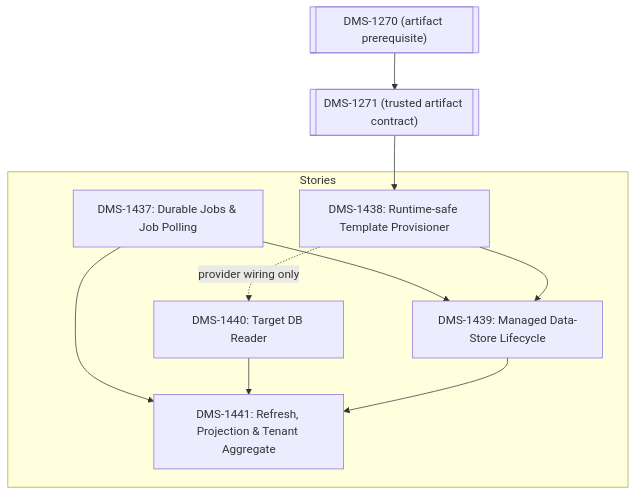
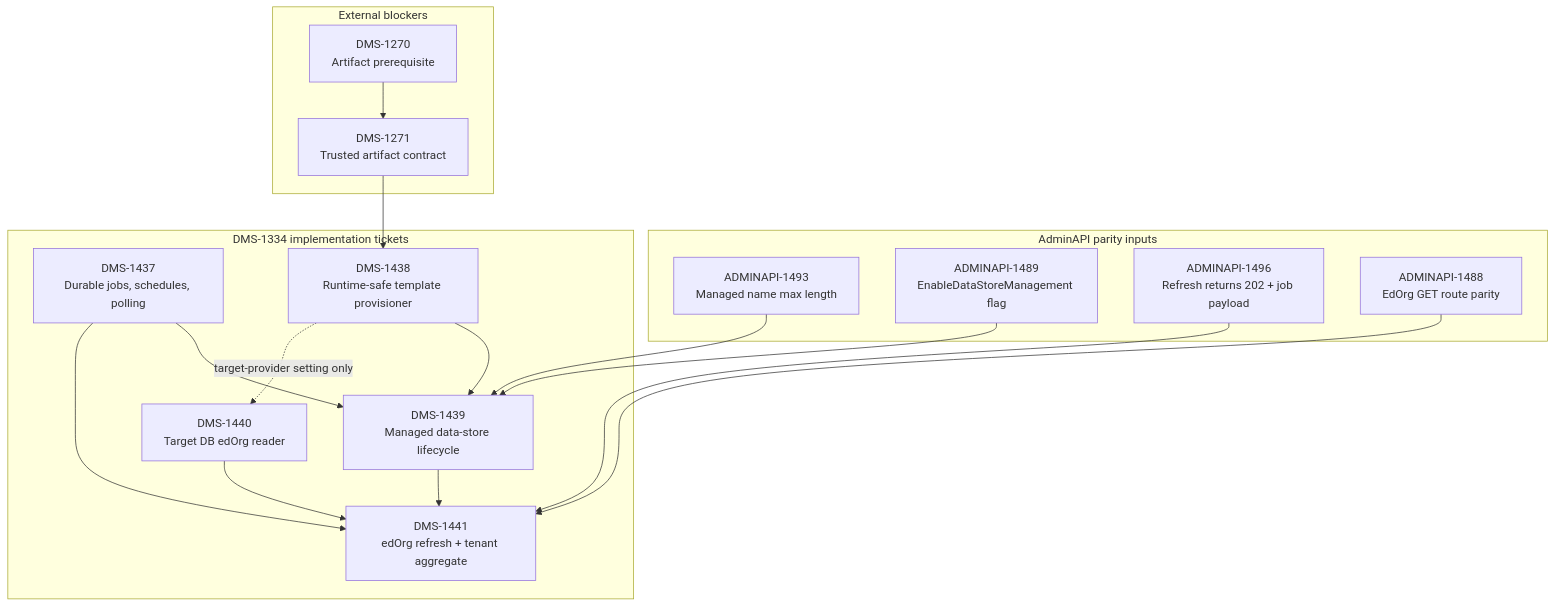
Before and after one commit to Ed-Fi-Alliance-OSS/Data-Management-Service: the diagram in reference/spikes/DMS-1334/candidate-implementation-stories.md, drawn with Mermaid. The commit also changed other lines of this file and 6 other files, not shown here.

First line of the commit message:
[DMS-1534] Update DMS-1334 generated story text to reflect recent Admin API changes

````diff
--- a/reference/spikes/DMS-1334/candidate-implementation-stories.md
+++ b/reference/spikes/DMS-1334/candidate-implementation-stories.md
@@ -22,24 +26,36 @@
 ```mermaid
 graph TD
- subgraph Stories
-  DMS-1437["DMS-1437: Durable Jobs & Job Polling"]
-  DMS-1438["DMS-1438: Runtime-safe Template Provisioner"]
-  DMS-1439["DMS-1439: Managed Data-Store Lifecycle"]
-  DMS-1440["DMS-1440: Target DB Reader"]
-  DMS-1441["DMS-1441: Refresh, Projection & Tenant Aggregate"]
- end
+  subgraph AdminAPI["AdminAPI parity inputs"]
+    A1493["ADMINAPI-1493<br/>Managed name max length"]
+    A1489["ADMINAPI-1489<br/>EnableDataStoreManagement flag"]
+    A1496["ADMINAPI-1496<br/>Refresh returns 202 + job payload"]
+    A1488["ADMINAPI-1488<br/>EdOrg GET route parity"]
+  end
 
- %% Dependencies
- DMS-1437 --> DMS-1439
- DMS-1438 --> DMS-1439
- DMS-1438 -.->|provider wiring only| DMS-1440
- DMS-1437 --> DMS-1441
- DMS-1440 --> DMS-1441
- DMS-1439 --> DMS-1441
+  subgraph Blockers["External blockers"]
+    DMS1270["DMS-1270<br/>Artifact prerequisite"]
+    DMS1271["DMS-1271<br/>Trusted artifact contract"]
+  end
 
- %% Blockers
- DMDMS-1437270[["DMS-1270 (artifact prerequisite)"]]
- DMDMS-1437271[["DMS-1271 (trusted artifact contract)"]]
- DMDMS-1437270 --> DMDMS-1437271
- DMDMS-1437271 --> DMS-1438
+  subgraph Stories["DMS-1334 implementation tickets"]
+    DMS1437["DMS-1437<br/>Durable jobs, schedules, polling"]
+    DMS1438["DMS-1438<br/>Runtime-safe template provisioner"]
+    DMS1439["DMS-1439<br/>Managed data-store lifecycle"]
+    DMS1440["DMS-1440<br/>Target DB edOrg reader"]
+    DMS1441["DMS-1441<br/>edOrg refresh + tenant aggregate"]
+  end
+
+  DMS1270 --> DMS1271 --> DMS1438
+
+  A1493 --> DMS1439
+  A1489 --> DMS1439
+  A1496 --> DMS1441
+  A1488 --> DMS1441
+
+  DMS1437 --> DMS1439
+  DMS1438 --> DMS1439
+  DMS1438 -.->|target-provider setting only| DMS1440
+  DMS1437 --> DMS1441
+  DMS1440 --> DMS1441
+  DMS1439 --> DMS1441
 ```
````
